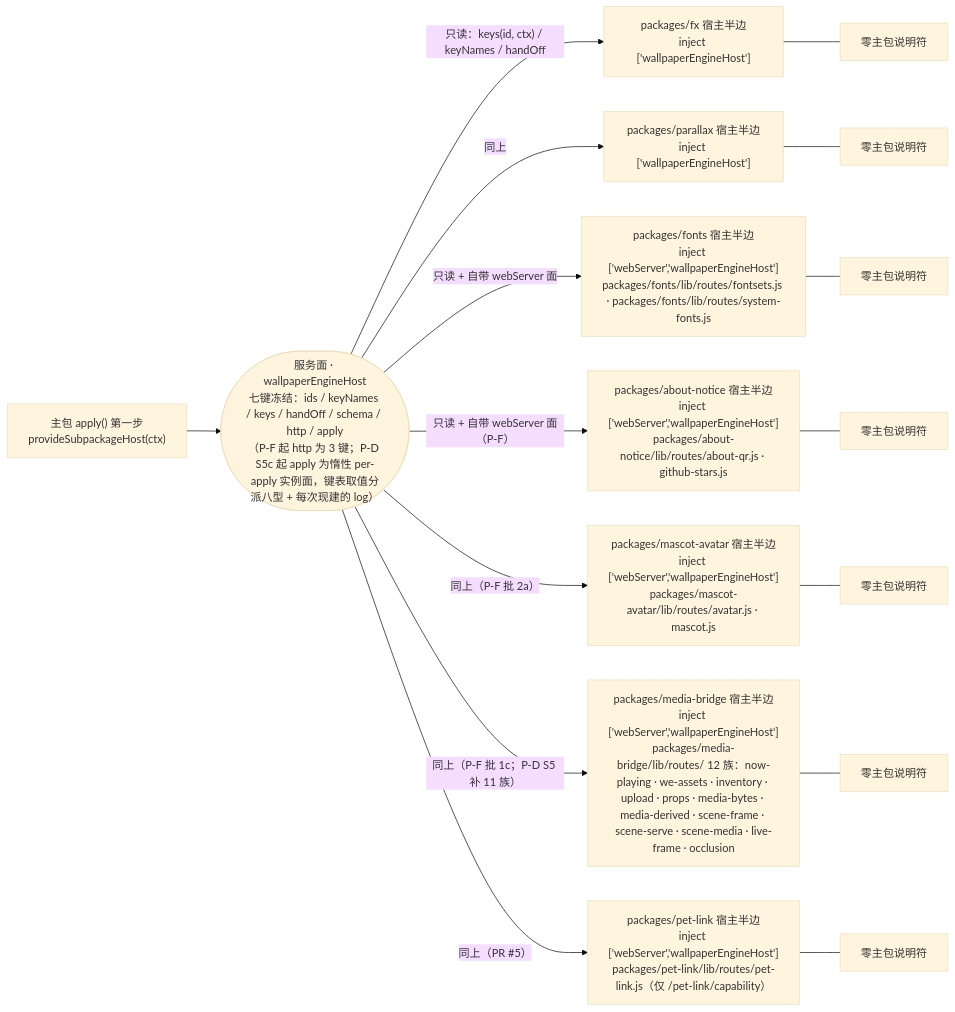
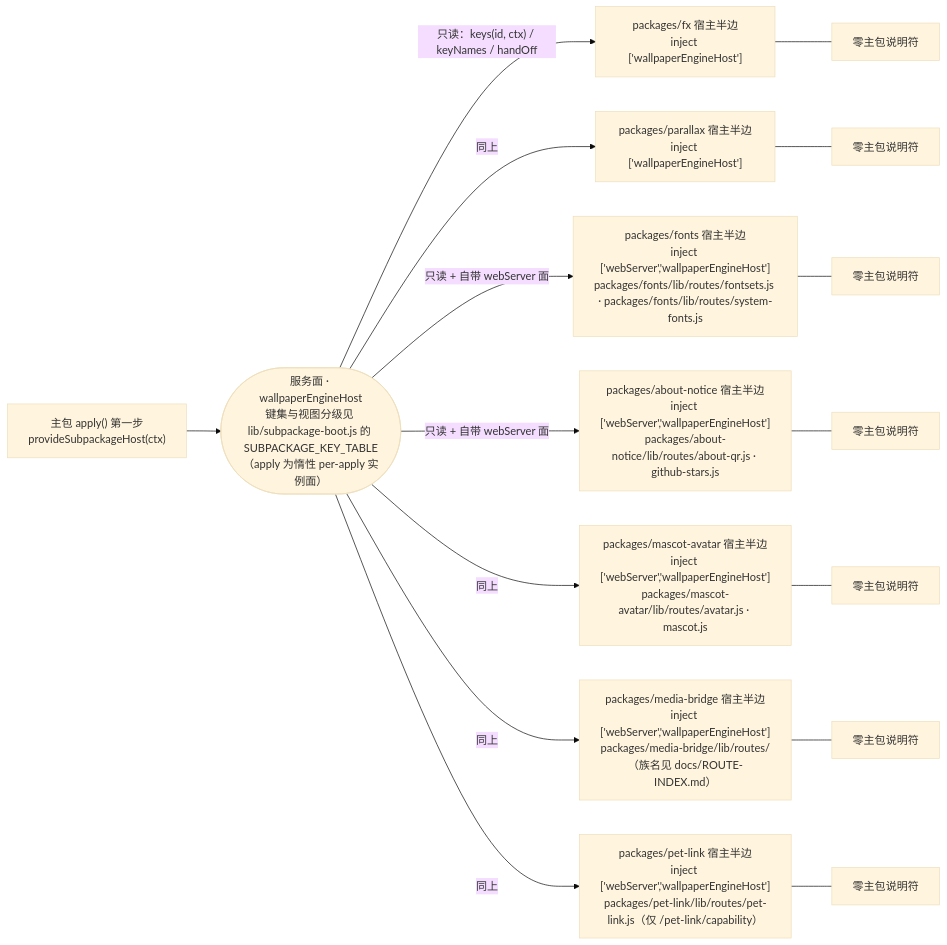
The second of 3 diagrams in docs/SUBPACKAGE-GRAPH.md (CREAMSOU/dsh-wallpaper-engine), drawn with Mermaid (base theme) before and after one commit. The commit also changed other lines of this file and 38 other files, not shown here.

````diff
--- a/docs/SUBPACKAGE-GRAPH.md
+++ b/docs/SUBPACKAGE-GRAPH.md
@@ -56,20 +50,20 @@
 ```mermaid
 graph LR
   APPLY["主包 apply() 第一步<br/>provideSubpackageHost(ctx)"]
-  SVC(["服务面 · wallpaperEngineHost<br/>七键冻结：ids / keyNames / keys / handOff / schema / http / apply<br/>（P-F 起 http 为 3 键；P-D S5c 起 apply 为惰性 per-apply 实例面，键表取值分派八型 + 每次现建的 log）"])
+  SVC(["服务面 · wallpaperEngineHost<br/>键集与视图分级见 lib/subpackage-boot.js 的 SUBPACKAGE_KEY_TABLE<br/>（apply 为惰性 per-apply 实例面）"])
   APPLY --> SVC
   SVC -->|"只读：keys(id, ctx) / keyNames / handOff"| FX["packages/fx 宿主半边<br/>inject ['wallpaperEngineHost']"]
   SVC -->|"同上"| PX["packages/parallax 宿主半边<br/>inject ['wallpaperEngineHost']"]
   SVC -->|"只读 + 自带 webServer 面"| FT["packages/fonts 宿主半边<br/>inject ['webServer','wallpaperEngineHost']<br/>packages/fonts/lib/routes/fontsets.js · packages/fonts/lib/routes/system-fonts.js"]
-  SVC -->|"只读 + 自带 webServer 面（P-F）"| AN["packages/about-notice 宿主半边<br/>inject ['webServer','wallpaperEngineHost']<br/>packages/about-notice/lib/routes/about-qr.js · github-stars.js"]
-  SVC -->|"同上（P-F 批 2a）"| MA["packages/mascot-avatar 宿主半边<br/>inject ['webServer','wallpaperEngineHost']<br/>packages/mascot-avatar/lib/routes/avatar.js · mascot.js"]
-  SVC -->|"同上（P-F 批 1c；P-D S5 补 11 族）"| MB["packages/media-bridge 宿主半边<br/>inject ['webServer','wallpaperEngineHost']<br/>packages/media-bridge/lib/routes/ 12 族：now-playing · we-assets · inventory · upload · props · media-bytes · media-derived · scene-frame · scene-serve · scene-media · live-frame · occlusion"]
-  SVC -->|"同上（PR #5）"| PL["packages/pet-link 宿主半边<br/>inject ['webServer','wallpaperEngineHost']<br/>packages/pet-link/lib/routes/pet-link.js（仅 /pet-link/capability）"]
+  SVC -->|"只读 + 自带 webServer 面"| AN["packages/about-notice 宿主半边<br/>inject ['webServer','wallpaperEngineHost']<br/>packages/about-notice/lib/routes/about-qr.js · github-stars.js"]
+  SVC -->|"同上"| MA["packages/mascot-avatar 宿主半边<br/>inject ['webServer','wallpaperEngineHost']<br/>packages/mascot-avatar/lib/routes/avatar.js · mascot.js"]
+  SVC -->|"同上"| MB["packages/media-bridge 宿主半边<br/>inject ['webServer','wallpaperEngineHost']<br/>packages/media-bridge/lib/routes/（族名见 docs/ROUTE-INDEX.md）"]
+  SVC -->|"同上"| PL["packages/pet-link 宿主半边<br/>inject ['webServer','wallpaperEngineHost']<br/>packages/pet-link/lib/routes/pet-link.js（仅 /pet-link/capability）"]
   FX --- N1["零主包说明符"]
   PX --- N2["零主包说明符"]
   FT --- N3["零主包说明符"]
   AN --- N4["零主包说明符"]
   MA --- N5["零主包说明符"]
   MB --- N6["零主包说明符"]
   PL --- N7["零主包说明符"]
 ```
````
